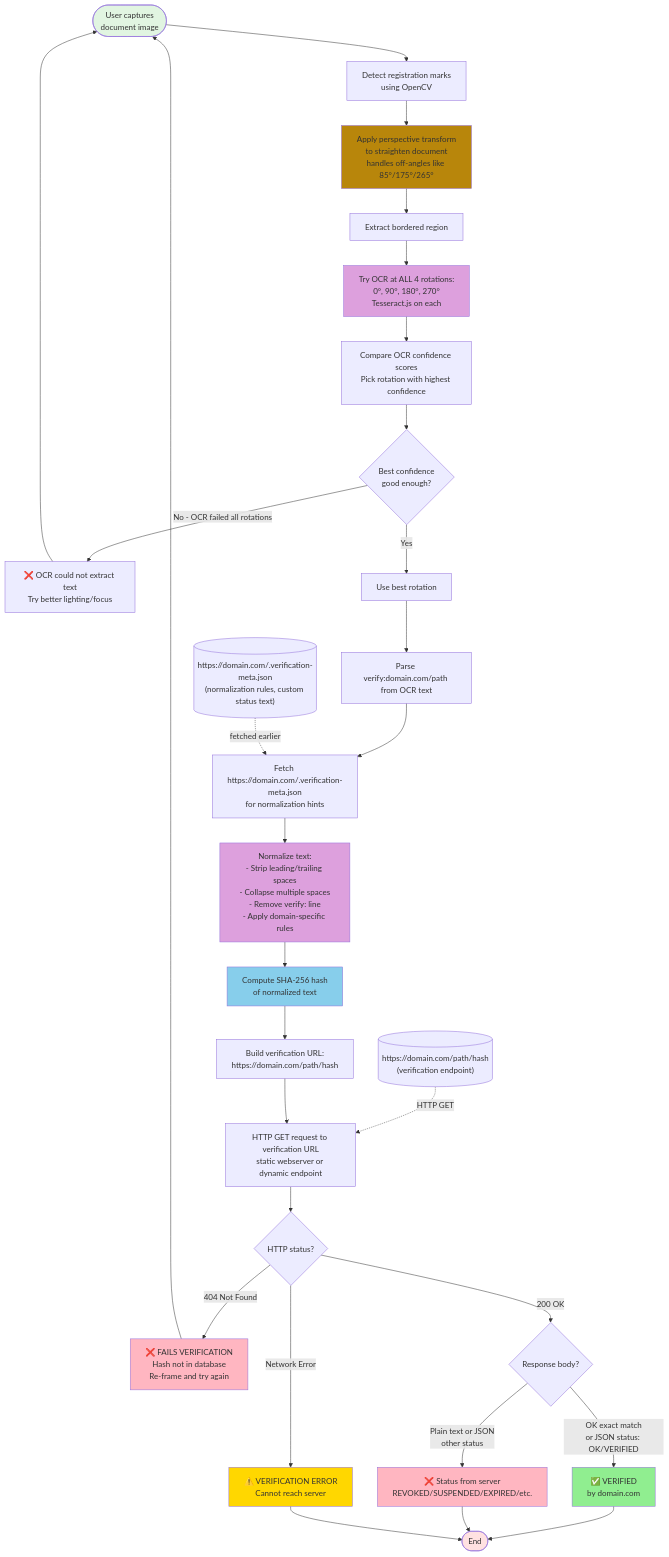
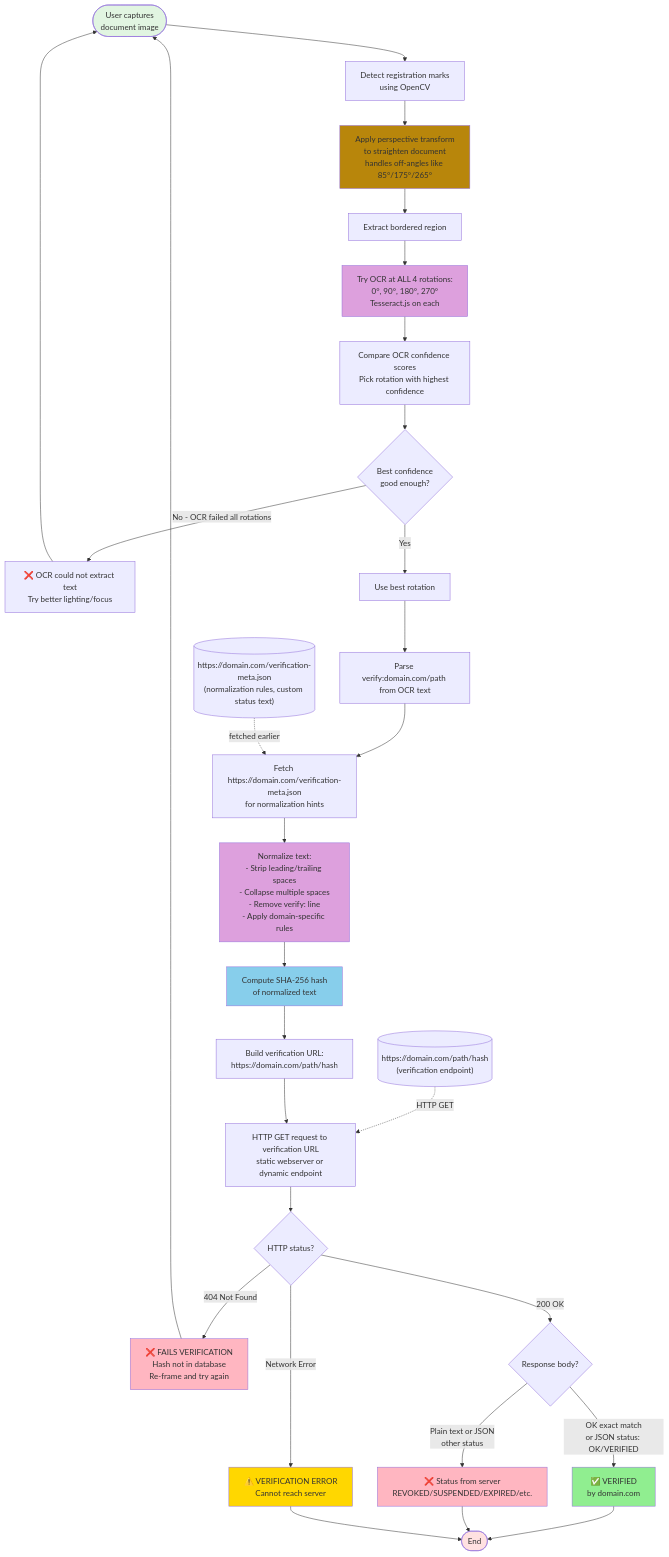
The diagram in README.md (paul-hammant/live-verify), drawn with Mermaid before and after one commit. The commit also changed other lines of this file and 24 other files, not shown here.

````diff
--- a/README.md
+++ b/README.md
@@ -134,43 +134,43 @@
 ```mermaid
 flowchart TD
     Start([User captures<br/>document image]) --> Detect[Detect registration marks<br/>using OpenCV]
     Detect --> Transform[Apply perspective transform<br/>to straighten document<br/>handles off-angles like 85°/175°/265°]
     Transform --> Extract[Extract bordered region]
     Extract --> TryAllRotations[Try OCR at ALL 4 rotations:<br/>0°, 90°, 180°, 270°<br/>Tesseract.js on each]
     TryAllRotations --> CompareConfidence[Compare OCR confidence scores<br/>Pick rotation with highest confidence]
     CompareConfidence --> CheckConfidence{Best confidence<br/>good enough?}
     CheckConfidence -->|No - OCR failed all rotations| ShowOCRError[❌ OCR could not extract text<br/>Try better lighting/focus]
     ShowOCRError --> Start
     CheckConfidence -->|Yes| UseRotation[Use best rotation]
     UseRotation --> ParseVerify[Parse verify:domain.com/path from OCR text]
-    ParseVerify --> FetchMeta[Fetch https://domain.com/.verification-meta.json<br/>for normalization hints]
+    ParseVerify --> FetchMeta[Fetch https://domain.com/verification-meta.json<br/>for normalization hints]
     FetchMeta --> Normalize[Normalize text:<br/>- Strip leading/trailing spaces<br/>- Collapse multiple spaces<br/>- Remove verify: line<br/>- Apply domain-specific rules]
     Normalize --> Hash[Compute SHA-256 hash<br/>of normalized text]
     Hash --> BuildURL[Build verification URL:<br/>https://domain.com/path/hash]
 
-    MetaURL[("https://domain.com/.verification-meta.json<br/>(normalization rules, custom status text)")] -.->|fetched earlier| FetchMeta
+    MetaURL[("https://domain.com/verification-meta.json<br/>(normalization rules, custom status text)")] -.->|fetched earlier| FetchMeta
     VerifyURL[("https://domain.com/path/hash<br/>(verification endpoint)")] -.->|HTTP GET| Verify
 
     BuildURL --> Verify[HTTP GET request to verification URL<br/>static webserver or dynamic endpoint]
     Verify --> CheckHTTP{HTTP status?}
     CheckHTTP -->|404 Not Found| ShowNotFound[❌ FAILS VERIFICATION<br/>Hash not in database<br/>Re-frame and try again]
     ShowNotFound --> Start
     CheckHTTP -->|Network Error| ShowError[⚠️ VERIFICATION ERROR<br/>Cannot reach server]
     CheckHTTP -->|200 OK| CheckBody{Response body?}
     CheckBody -->|"OK" exact match<br/>or JSON status: OK/VERIFIED| ShowVerified[✅ VERIFIED<br/>by domain.com]
     CheckBody -->|Plain text or JSON<br/>other status| ShowNotOK[❌ Status from server<br/>REVOKED/SUSPENDED/EXPIRED/etc.]
     ShowVerified --> End([End])
     ShowNotOK --> End
     ShowError --> End
 
     style Start fill:#e1f5e1
     style End fill:#ffe1e1
     style ShowVerified fill:#90EE90
     style ShowNotFound fill:#FFB6C1
     style ShowNotOK fill:#FFB6C1
     style ShowError fill:#FFD700
     style Hash fill:#87CEEB
     style Normalize fill:#DDA0DD
     style Transform fill:#B8860B
     style TryAllRotations fill:#DDA0DD
 ```
````
